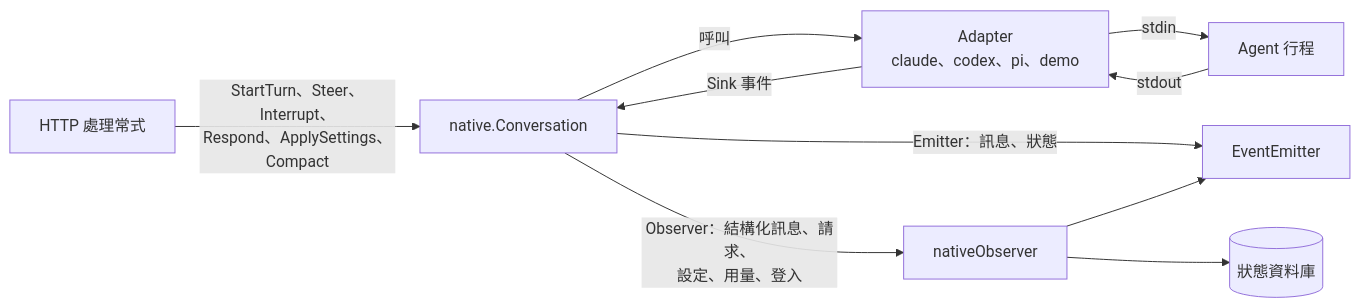
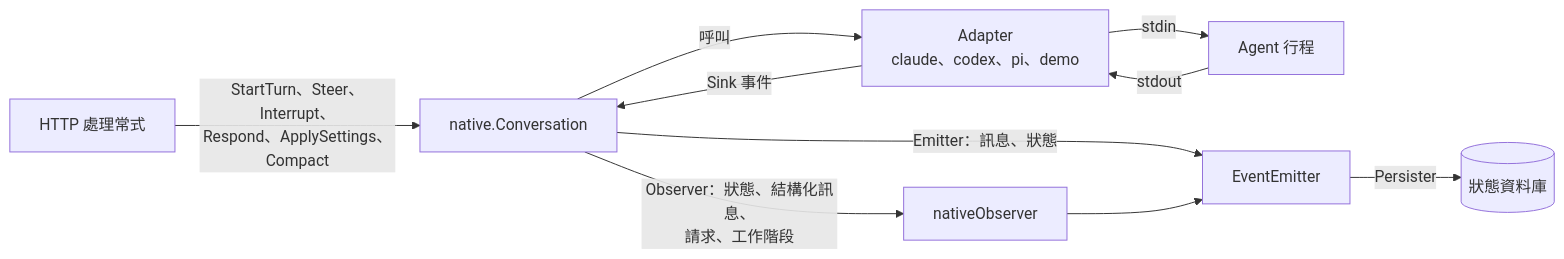
Before and after one commit to k1dav-c/agentapi: the second of 2 diagrams in docs/architecture.zh-TW.md, drawn with Mermaid. The commit also changed other lines of this file and 4 other files, not shown here.

````diff
--- a/docs/architecture.zh-TW.md
+++ b/docs/architecture.zh-TW.md
@@ -231,12 +231,12 @@
 ```mermaid
 flowchart LR
   http["HTTP 處理常式"] -- "StartTurn、Steer、Interrupt、<br/>Respond、ApplySettings、Compact" --> conv["native.Conversation"]
   conv -- "呼叫" --> adapter["Adapter<br/>claude、codex、pi、demo"]
   adapter -- "stdin" --> proc["Agent 行程"]
   proc -- "stdout" --> adapter
   adapter -- "Sink 事件" --> conv
   conv -- "Emitter：訊息、狀態" --> emitter["EventEmitter"]
-  conv -- "Observer：結構化訊息、請求、<br/>設定、用量、登入" --> observer["nativeObserver"]
+  conv -- "Observer：狀態、結構化訊息、<br/>請求、工作階段" --> observer["nativeObserver"]
   observer --> emitter
-  observer --> db[("狀態資料庫")]
+  emitter -- "Persister" --> db[("狀態資料庫")]
 ```
````
